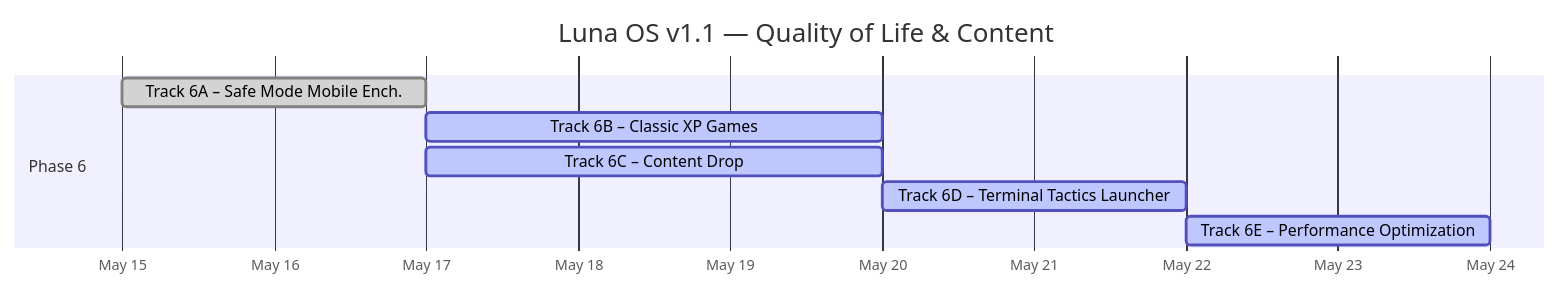
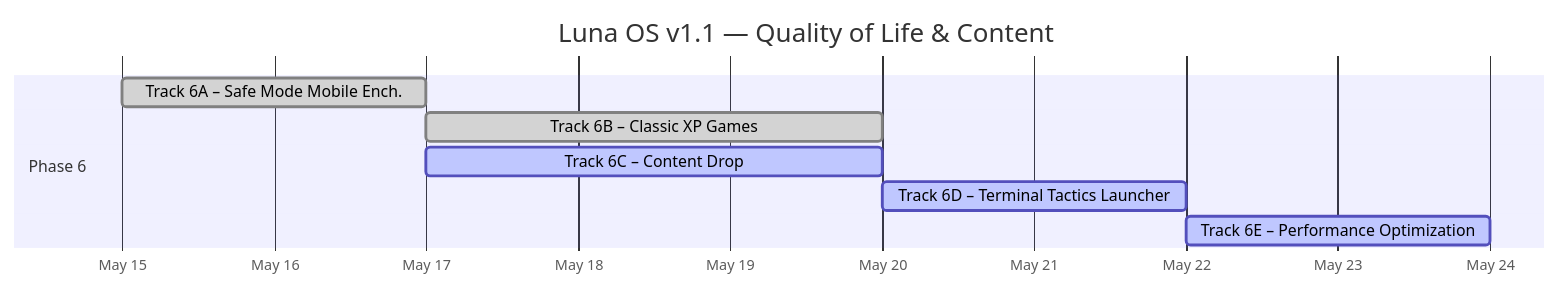
Before and after one commit to mansyar/portfolio-v3: the first of 2 diagrams in docs/ROADMAP_v1.1.md, drawn with Mermaid. The commit also changed other lines of this file and 7 other files, not shown here.

````diff
--- a/docs/ROADMAP_v1.1.md
+++ b/docs/ROADMAP_v1.1.md
@@ -11,13 +11,13 @@
 ```mermaid
 gantt
     title Luna OS v1.1 — Quality of Life & Content
     dateFormat  YYYY-MM-DD
     axisFormat  %b %d
 
     section Phase 6
     Track 6A – Safe Mode Mobile Ench.   :done, p6a, 2026-05-15, 2d
-    Track 6B – Classic XP Games          :active, p6b, after p6a, 3d
+    Track 6B – Classic XP Games          :done, p6b, after p6a, 3d
     Track 6C – Content Drop              :active, p6c, after p6a, 3d
     Track 6D – Terminal Tactics Launcher :active, p6d, after p6c, 2d
     Track 6E – Performance Optimization  :active, p6e, after p6d, 2d
 ```
````
